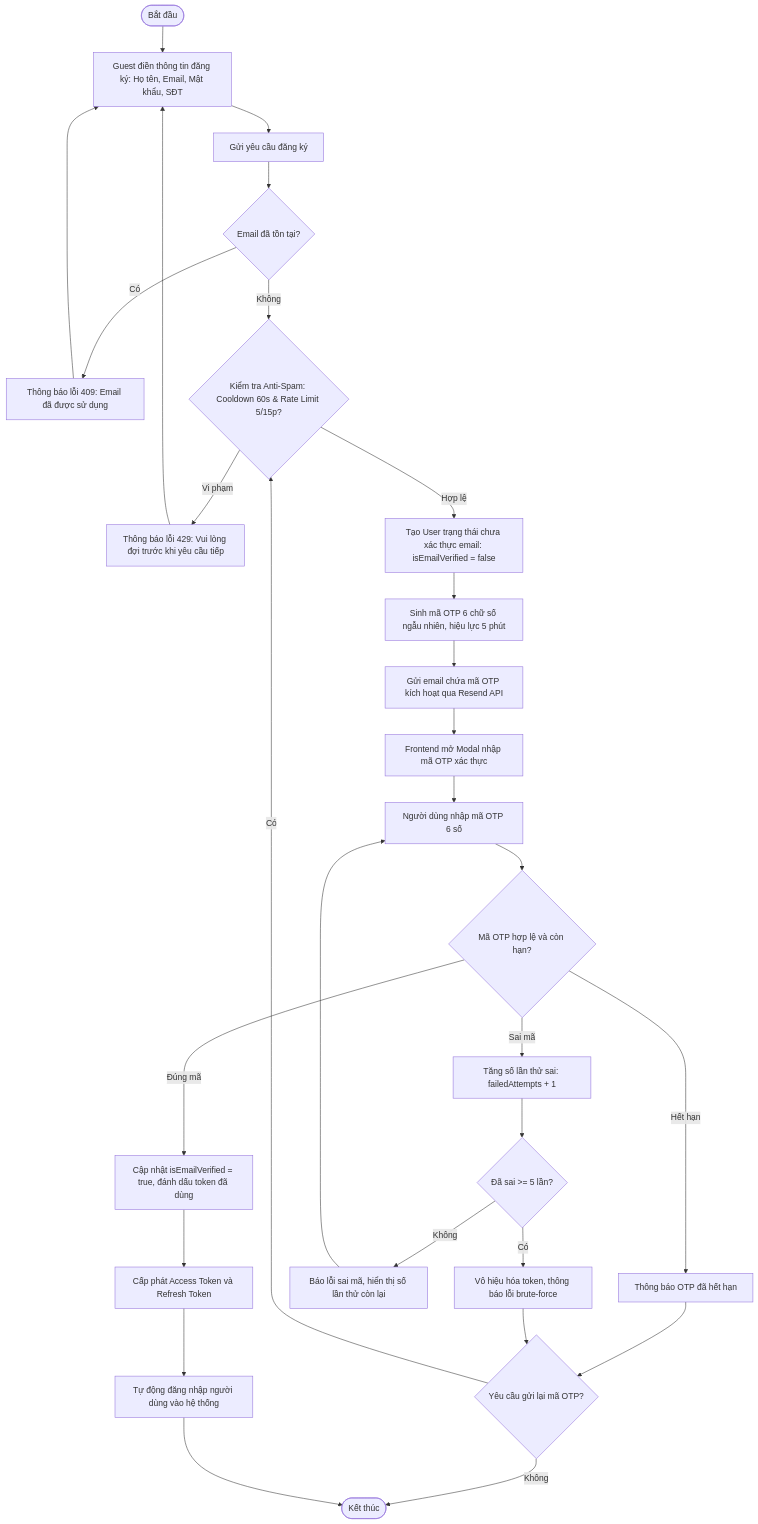
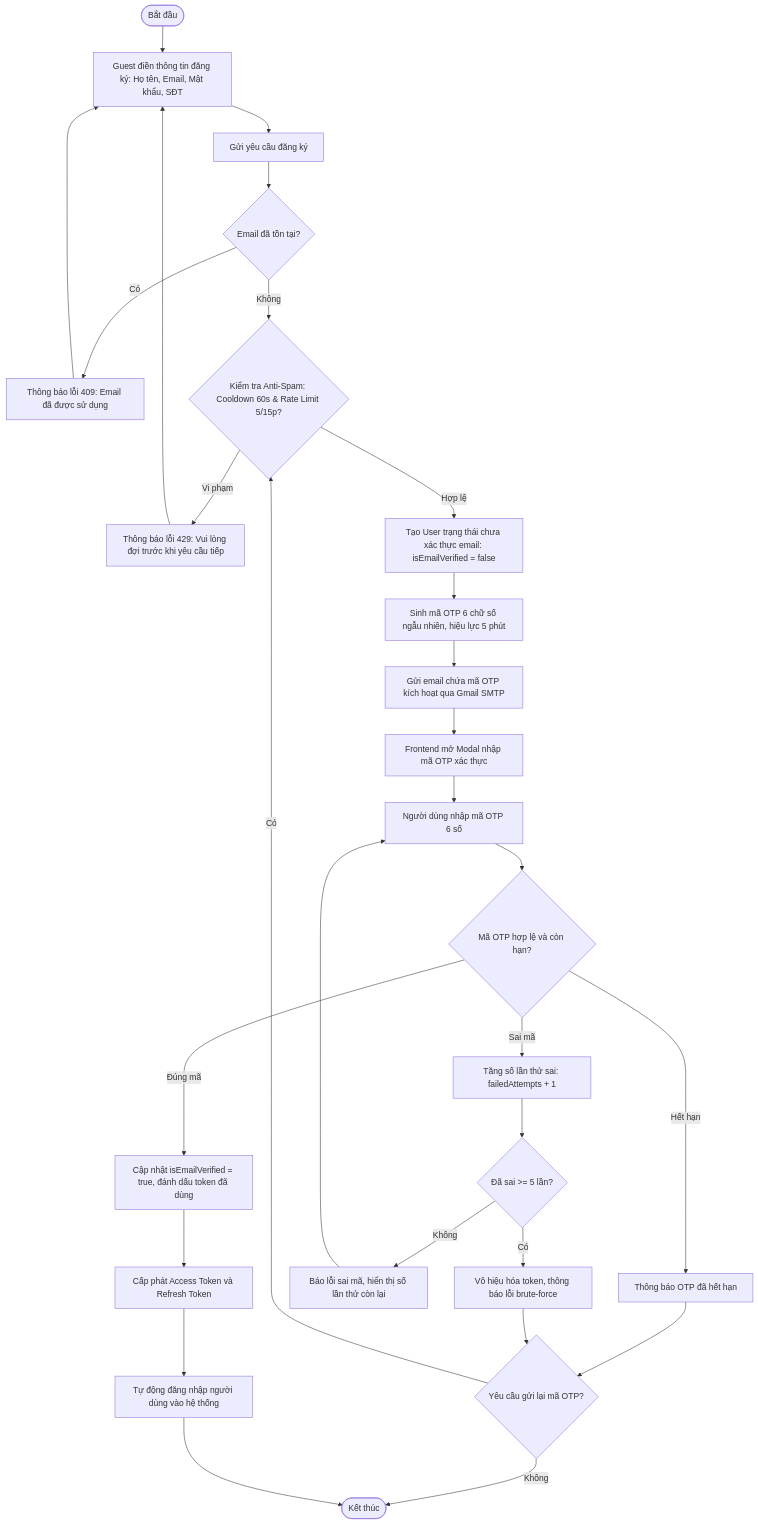
The second of 5 diagrams in docs/02_EcoMart_Diagrams.md (dinhtuandev/EcoMart), drawn with Mermaid before and after one commit. The commit also changed other lines of this file and 63 other files, not shown here.

````diff
--- a/docs/02_EcoMart_Diagrams.md
+++ b/docs/02_EcoMart_Diagrams.md
@@ -156,37 +156,37 @@
 ```mermaid
 flowchart TD
     Start([Bắt đầu]) --> FillForm[Guest điền thông tin đăng ký: Họ tên, Email, Mật khẩu, SĐT]
     FillForm --> Submit[Gửi yêu cầu đăng ký]
     Submit --> CheckEmail{Email đã tồn tại?}
     CheckEmail -- Có --> ShowEmailError[Thông báo lỗi 409: Email đã được sử dụng]
     ShowEmailError --> FillForm
 
     CheckEmail -- Không --> CheckSpam{Kiểm tra Anti-Spam: Cooldown 60s & Rate Limit 5/15p?}
     CheckSpam -- Vi phạm --> Show429[Thông báo lỗi 429: Vui lòng đợi trước khi yêu cầu tiếp]
     Show429 --> FillForm
 
     CheckSpam -- Hợp lệ --> CreateUser[Tạo User trạng thái chưa xác thực email: isEmailVerified = false]
     CreateUser --> GenOTP[Sinh mã OTP 6 chữ số ngẫu nhiên, hiệu lực 5 phút]
-    GenOTP --> SendMail[Gửi email chứa mã OTP kích hoạt qua Resend API]
+    GenOTP --> SendMail[Gửi email chứa mã OTP kích hoạt qua Gmail SMTP]
     SendMail --> OpenModal[Frontend mở Modal nhập mã OTP xác thực]
 
     OpenModal --> InputOTP[Người dùng nhập mã OTP 6 số]
     InputOTP --> VerifyOTP{Mã OTP hợp lệ và còn hạn?}
 
     VerifyOTP -- Hết hạn --> ExpiredErr[Thông báo OTP đã hết hạn]
     ExpiredErr --> ResendPrompt{Yêu cầu gửi lại mã OTP?}
     ResendPrompt -- Có --> CheckSpam
     ResendPrompt -- Không --> End([Kết thúc])
 
     VerifyOTP -- Sai mã --> IncFailed[Tăng số lần thử sai: failedAttempts + 1]
     IncFailed --> CheckMax{Đã sai >= 5 lần?}
     CheckMax -- Có --> InvalidateToken[Vô hiệu hóa token, thông báo lỗi brute-force]
     InvalidateToken --> ResendPrompt
     CheckMax -- Không --> ShowRemaining[Báo lỗi sai mã, hiển thị số lần thử còn lại]
     ShowRemaining --> InputOTP
 
     VerifyOTP -- Đúng mã --> ActivateUser[Cập nhật isEmailVerified = true, đánh dấu token đã dùng]
     ActivateUser --> IssueTokens[Cấp phát Access Token và Refresh Token]
     IssueTokens --> AutoLogin[Tự động đăng nhập người dùng vào hệ thống]
     AutoLogin --> End([Kết thúc])
 ```
````
